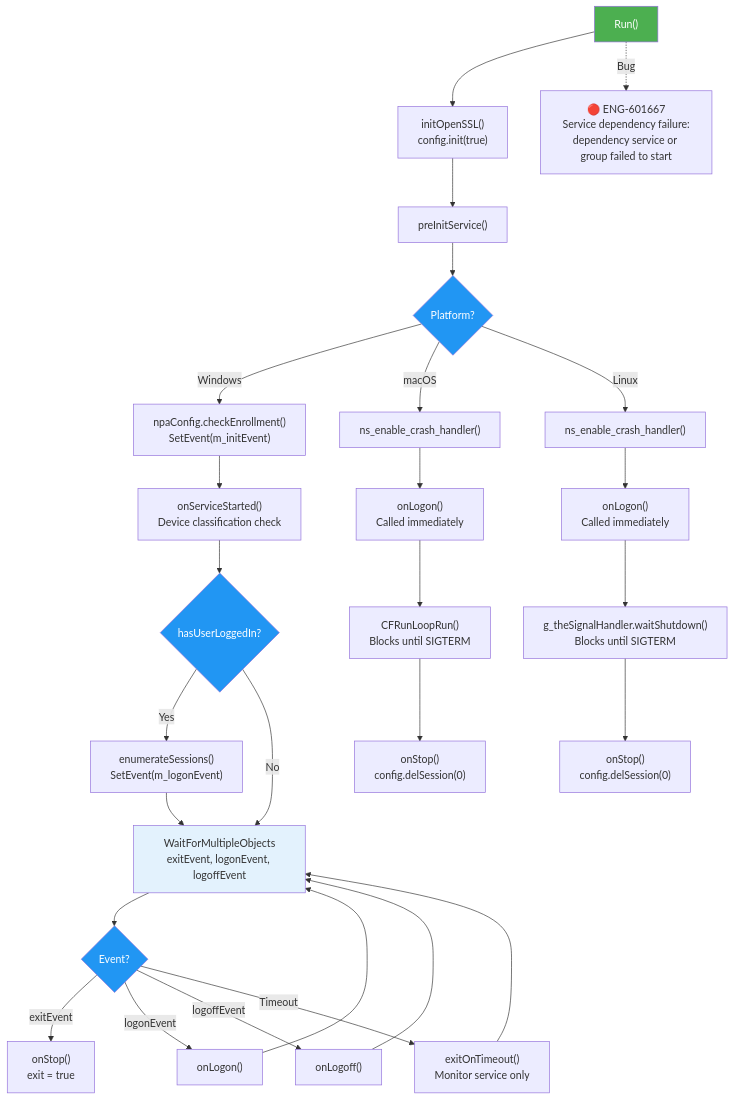
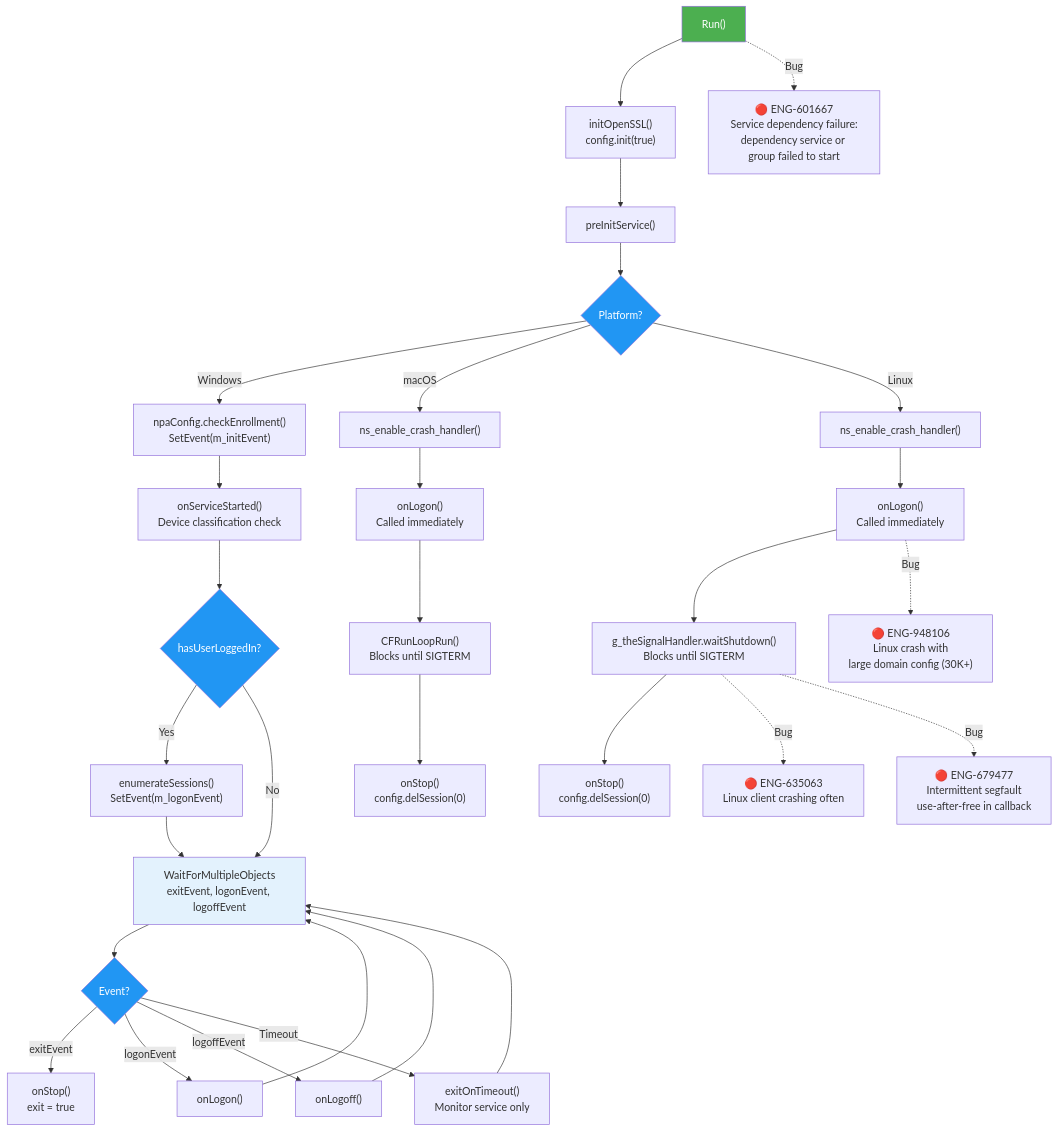
One commit to ns-klin/endpoint_system_test_plan changed the fifth of 15 diagrams in chapters/03_service_lifecycle.md. Above: the diagram before and after it, drawn with Mermaid. The commit also changed other lines of this file and 26 other files, not shown here.

First line of the commit message:
Add 87 bugs from Excel enrichment and integrate into mermaid diagrams

````diff
--- a/chapters/03_service_lifecycle.md
+++ b/chapters/03_service_lifecycle.md
@@ -240,42 +240,51 @@
 ```mermaid
 flowchart TD
     RUN["Run()"] --> INIT_SSL["initOpenSSL()<br/>config.init(true)"]
     INIT_SSL --> PRE["preInitService()"]
     PRE --> PLAT{Platform?}
 
     PLAT -->|Windows| WIN_ENROLL["npaConfig.checkEnrollment()<br/>SetEvent(m_initEvent)"]
     WIN_ENROLL --> WIN_SVC["onServiceStarted()<br/>Device classification check"]
     WIN_SVC --> WIN_CHK{hasUserLoggedIn?}
     WIN_CHK -->|Yes| WIN_ENUM["enumerateSessions()<br/>SetEvent(m_logonEvent)"]
     WIN_CHK -->|No| WIN_LOOP
     WIN_ENUM --> WIN_LOOP
 
     WIN_LOOP["WaitForMultipleObjects<br/>exitEvent, logonEvent, logoffEvent"]
     WIN_LOOP --> WIN_EVT{Event?}
     WIN_EVT -->|exitEvent| WIN_STOP["onStop()<br/>exit = true"]
     WIN_EVT -->|logonEvent| WIN_LOGON["onLogon()"]
     WIN_LOGON --> WIN_LOOP
     WIN_EVT -->|logoffEvent| WIN_LOGOFF["onLogoff()"]
     WIN_LOGOFF --> WIN_LOOP
     WIN_EVT -->|Timeout| WIN_TMO["exitOnTimeout()<br/>Monitor service only"]
     WIN_TMO --> WIN_LOOP
 
     PLAT -->|macOS| MAC_CRASH["ns_enable_crash_handler()"]
     MAC_CRASH --> MAC_LOGON["onLogon()<br/>Called immediately"]
     MAC_LOGON --> MAC_BLOCK["CFRunLoopRun()<br/>Blocks until SIGTERM"]
     MAC_BLOCK --> MAC_STOP["onStop()<br/>config.delSession(0)"]
 
     PLAT -->|Linux| LIN_CRASH["ns_enable_crash_handler()"]
     LIN_CRASH --> LIN_LOGON["onLogon()<br/>Called immediately"]
     LIN_LOGON --> LIN_BLOCK["g_theSignalHandler.waitShutdown()<br/>Blocks until SIGTERM"]
     LIN_BLOCK --> LIN_STOP["onStop()<br/>config.delSession(0)"]
 
+    BUG_635063["🔴 ENG-635063<br/>Linux client crashing often"]
+    LIN_BLOCK -.->|Bug| BUG_635063
+
+    BUG_679477["🔴 ENG-679477<br/>Intermittent segfault<br/>use-after-free in callback"]
+    LIN_BLOCK -.->|Bug| BUG_679477
+
+    BUG_948106["🔴 ENG-948106<br/>Linux crash with<br/>large domain config (30K+)"]
+    LIN_LOGON -.->|Bug| BUG_948106
+
     style RUN fill:#4CAF50,color:#fff
     style PLAT fill:#2196F3,color:#fff
     style WIN_LOOP fill:#E3F2FD,color:#333
     style WIN_EVT fill:#2196F3,color:#fff
     style WIN_CHK fill:#2196F3,color:#fff
 
     BUG_601667["🔴 ENG-601667<br/>Service dependency failure:<br/>dependency service or group failed to start"]
     RUN -.->|Bug| BUG_601667
 ```
````
